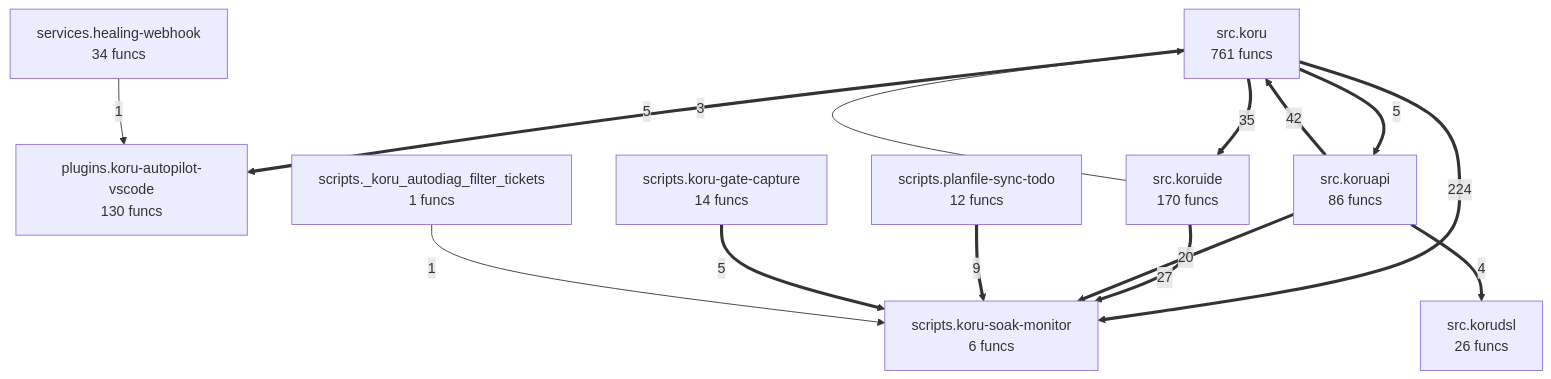
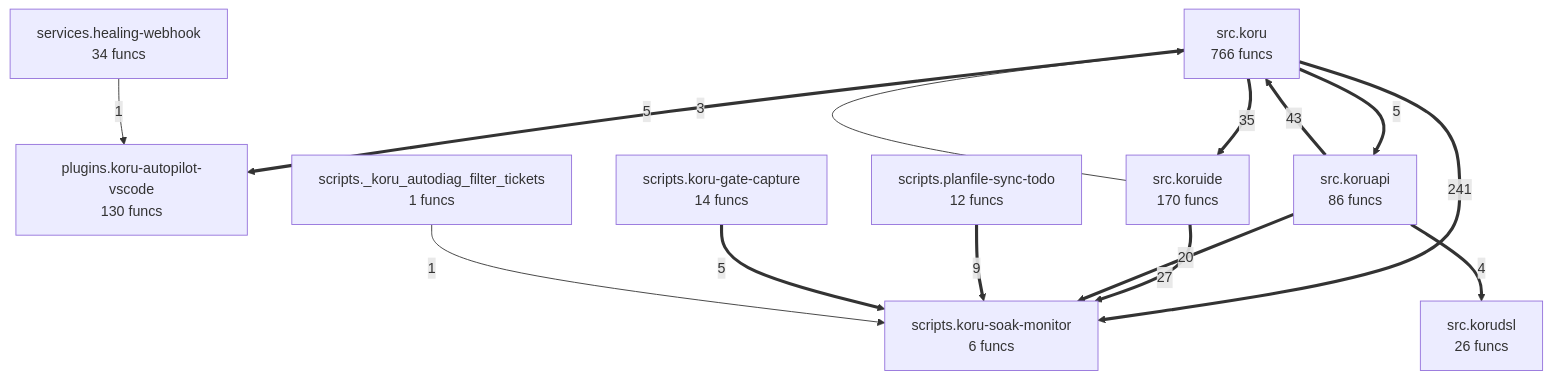
The diagram in project/compact_flow.mmd (semcod/koru), drawn with Mermaid before and after one commit. The commit also changed 29 other files, not shown here.

```diff
--- a/project/compact_flow.mmd
+++ b/project/compact_flow.mmd
@@ -1,25 +1,25 @@
 flowchart TD
-%% generated in 0.06s
+%% generated in 0.05s
     plugins__koru_autopilot_vscode["plugins.koru-autopilot-vscode<br/>130 funcs"]
     scripts___koru_autodiag_filter_tickets["scripts._koru_autodiag_filter_tickets<br/>1 funcs"]
     scripts__koru_gate_capture["scripts.koru-gate-capture<br/>14 funcs"]
     scripts__koru_soak_monitor["scripts.koru-soak-monitor<br/>6 funcs"]
     scripts__planfile_sync_todo["scripts.planfile-sync-todo<br/>12 funcs"]
     services__healing_webhook["services.healing-webhook<br/>34 funcs"]
-    src__koru["src.koru<br/>761 funcs"]
+    src__koru["src.koru<br/>766 funcs"]
     src__koruapi["src.koruapi<br/>86 funcs"]
     src__korudsl["src.korudsl<br/>26 funcs"]
     src__koruide["src.koruide<br/>170 funcs"]
-    src__koru ==>|224| scripts__koru_soak_monitor
-    src__koruapi ==>|42| src__koru
+    src__koru ==>|241| scripts__koru_soak_monitor
+    src__koruapi ==>|43| src__koru
     src__koru ==>|35| src__koruide
     src__koruide ==>|27| scripts__koru_soak_monitor
     src__koruapi ==>|20| scripts__koru_soak_monitor
     scripts__planfile_sync_todo ==>|9| scripts__koru_soak_monitor
     src__koru ==>|5| plugins__koru_autopilot_vscode
+    scripts__koru_gate_capture ==>|5| scripts__koru_soak_monitor
     src__koru ==>|5| src__koruapi
-    scripts__koru_gate_capture ==>|5| scripts__koru_soak_monitor
     src__koruapi ==>|4| src__korudsl
     src__koruide -->|3| src__koru
     services__healing_webhook -->|1| plugins__koru_autopilot_vscode
     scripts___koru_autodiag_filter_tickets -->|1| scripts__koru_soak_monitor
```
